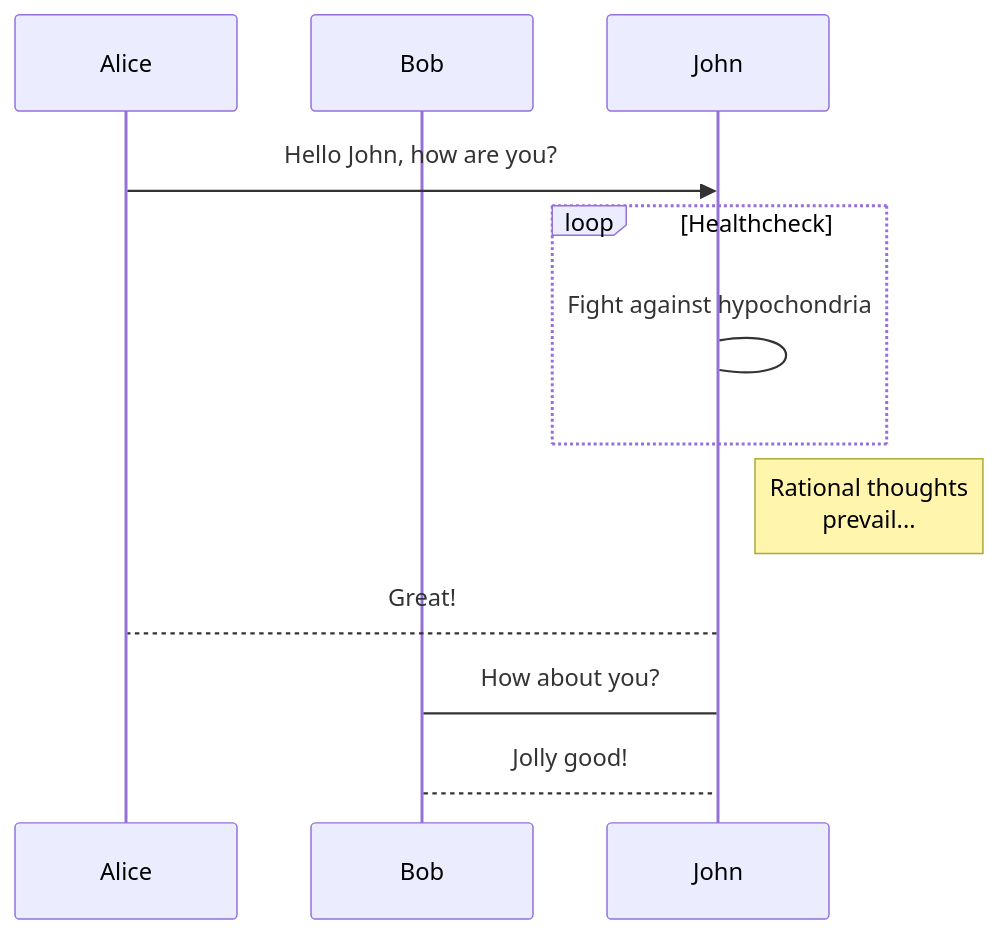
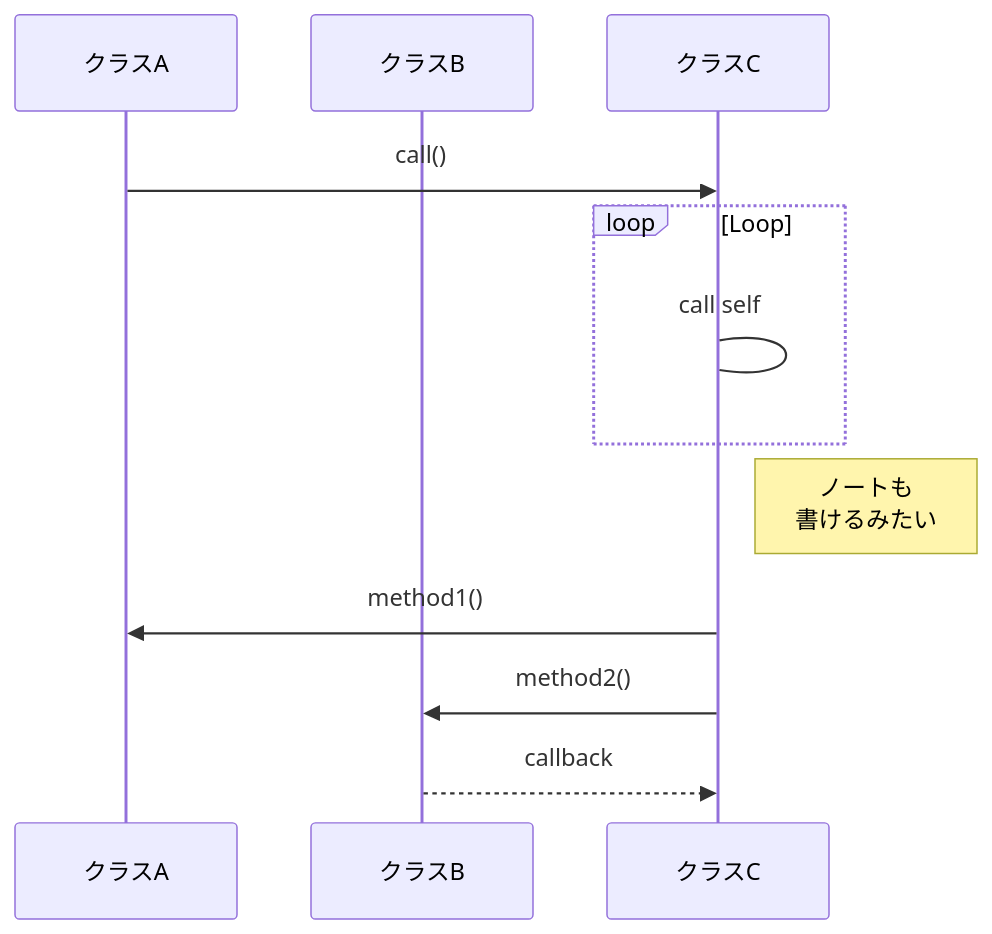
Before and after one commit to foresta/blog.foresta.me: the third of 3 diagrams in content/posts/support_mermaid.md, drawn with Mermaid. The commit also changed other lines of this file and 4 other files, not shown here.

```diff
--- a/content/posts/support_mermaid.md
+++ b/content/posts/support_mermaid.md
@@ -20,13 +112,13 @@
 {{< mermaid >}}
 sequenceDiagram
-    participant Alice
-    participant Bob
-    Alice->>John: Hello John, how are you?
-    loop Healthcheck
-        John->John: Fight against hypochondria
+    participant クラスA
+    participant クラスB
+    クラスA->>クラスC: call()
+    loop Loop 
+        クラスC->クラスC: call self 
     end
-    Note right of John: Rational thoughts <br/>prevail...
-    John-->Alice: Great!
-    John->Bob: How about you?
-    Bob-->John: Jolly good!
+    Note right of クラスC: ノートも<br/>書けるみたい
+    クラスC->>クラスA: method1()
+    クラスC->>クラスB: method2()
+    クラスB-->>クラスC: callback
 {{< /mermaid >}}
```
